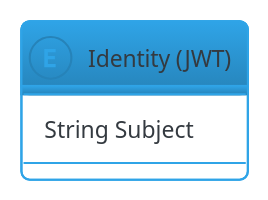
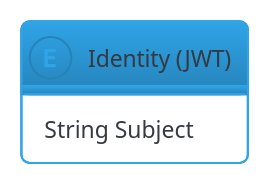
Before and after one commit to buehler/mse-project-thesis-2: the diagram in diagrams/04_translator_identity_definition.puml, drawn with PlantUML. The commit also changed 11 other files, not shown here.

```diff
--- a/diagrams/04_translator_identity_definition.puml
+++ b/diagrams/04_translator_identity_definition.puml
@@ -1,8 +1,9 @@
 @startuml
 !theme cerulean-outline
+hide empty methods
 
 entity "Identity (JWT)" {
   String Subject
 }
 
 @enduml
```
